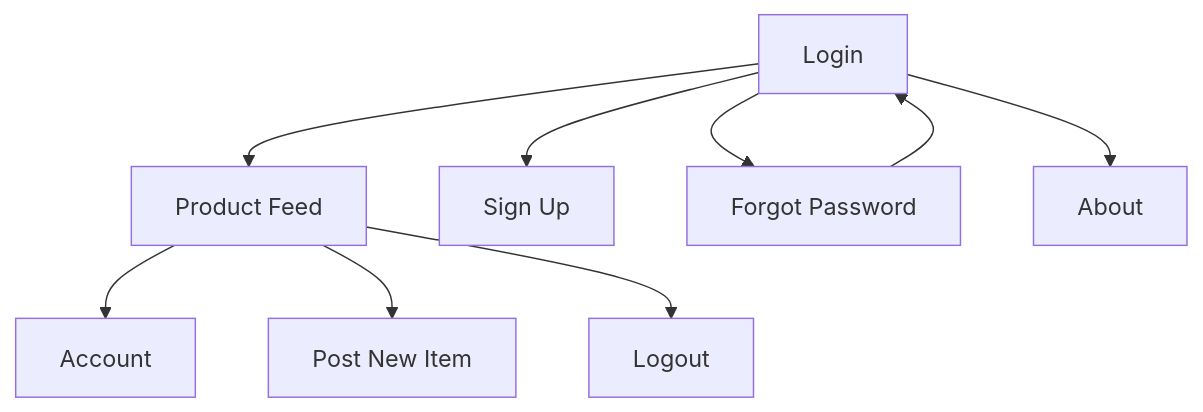
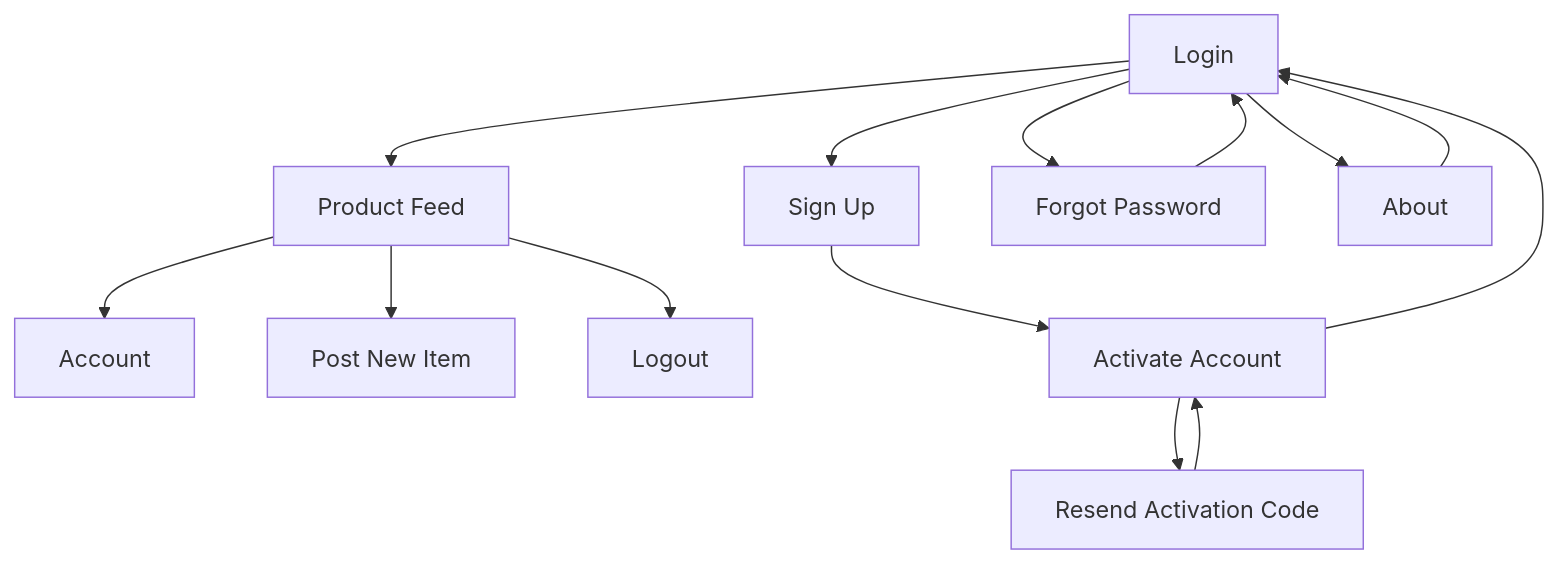
Before and after one commit to cmadajski/niner_miner: the diagram in README.md, drawn with Mermaid.

Commit message:
add more detail to mermaid diagram

````diff
--- a/README.md
+++ b/README.md
@@ -65,11 +65,16 @@
 ```mermaid
 flowchart TD
   A[Login] --> B[Product Feed];
   A[Login] --> C[Sign Up];
   A[Login] --> D[Forgot Password];
   A[Login] --> E[About];
   B[Product Feed] --> F[Account];
   B[Product Feed] --> G[Post New Item];
   B[Product Feed] --> H[Logout];
   D[Forgot Password] --> A[Login];
+  E[About] --> A[Login];
+  C[Sign Up] --> I[Activate Account];
+  I[Activate Account] --> A[Login];
+  I[Activate Account] --> J[Resend Activation Code];
+  J[Resend Activation Code] --> I[Activate Account];
 ```
````
